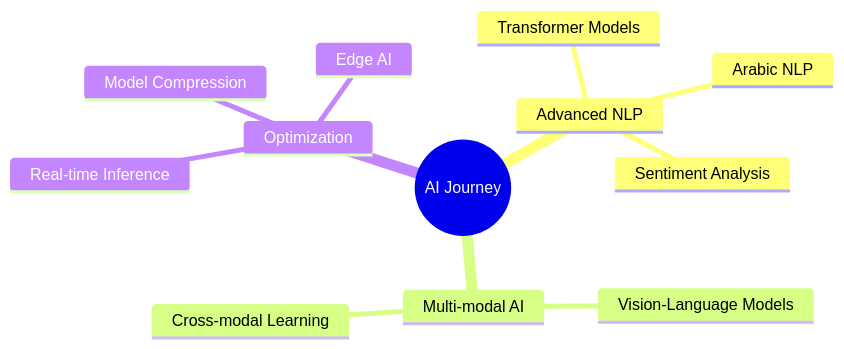
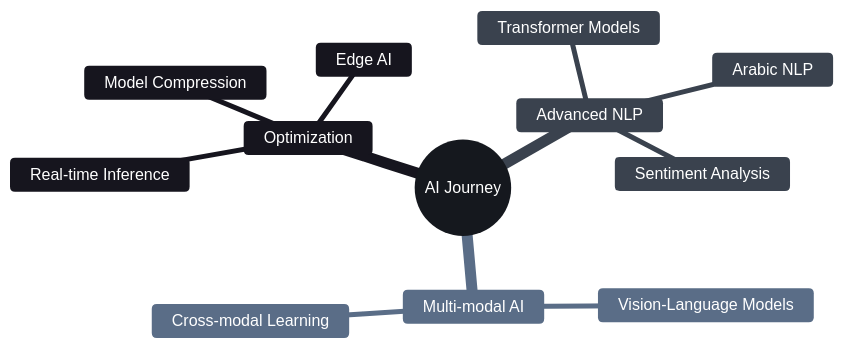
One commit to HAMEDB52/HAMEDB52 changed the diagram in README.md. Above: the diagram before and after it, drawn with Mermaid.

````diff
--- a/README.md
+++ b/README.md
@@ -157,15 +157,16 @@
 ```mermaid
+%%{init: {'theme':'base', 'themeVariables': { 'primaryColor':'#4a5568','primaryTextColor':'#fff','primaryBorderColor':'#2d3748','lineColor':'#718096','secondaryColor':'#718096','tertiaryColor':'#a0aec0'}}}%%
 mindmap
   root((AI Journey))
     Advanced NLP
       Transformer Models
       Arabic NLP
       Sentiment Analysis
     Multi-modal AI
       Vision-Language Models
       Cross-modal Learning
     Optimization
       Real-time Inference
       Model Compression
       Edge AI
 ```
````
